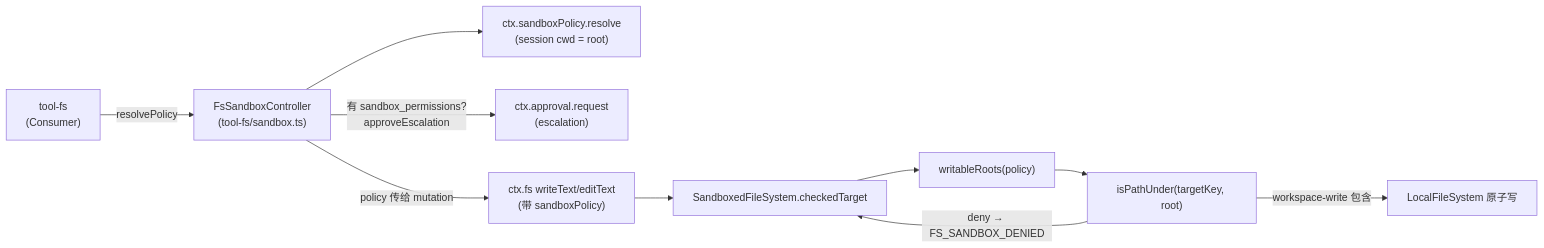
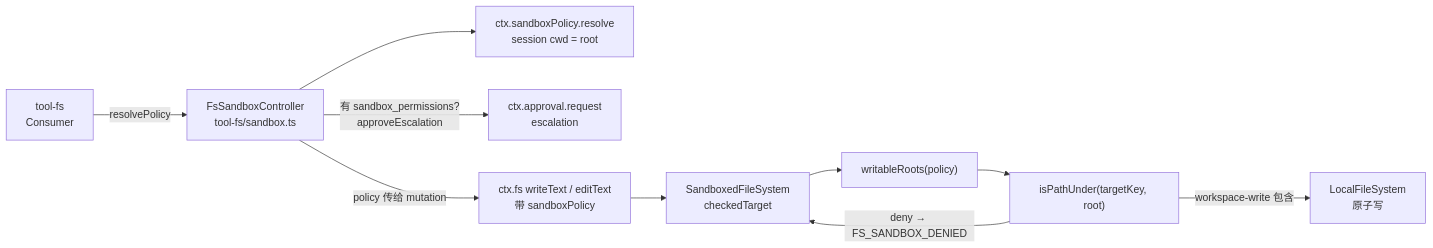
Before and after one commit to morehao/oss-insights: the second of 4 diagrams in ai-agent/deepseek-harness/sandbox-capability-seams.md, drawn with Mermaid. The commit also changed other lines of this file and 27 other files, not shown here.

````diff
--- a/ai-agent/deepseek-harness/sandbox-capability-seams.md
+++ b/ai-agent/deepseek-harness/sandbox-capability-seams.md
@@ -239,22 +254,22 @@
 ```mermaid
 flowchart LR
-  TF["tool-fs\n(Consumer)"]
-  CTL["FsSandboxController\n(tool-fs/sandbox.ts)"]
-  POL["ctx.sandboxPolicy.resolve\n(session cwd = root)"]
-  APP["ctx.approval.request\n(escalation)"]
-  FS["ctx.fs writeText/editText\n(带 sandboxPolicy)"]
-  SFS["SandboxedFileSystem.checkedTarget"]
+  TF["tool-fs<br>Consumer"]
+  CTL["FsSandboxController<br>tool-fs/sandbox.ts"]
+  POL["ctx.sandboxPolicy.resolve<br>session cwd = root"]
+  APP["ctx.approval.request<br>escalation"]
+  FS["ctx.fs writeText / editText<br>带 sandboxPolicy"]
+  SFS["SandboxedFileSystem<br>checkedTarget"]
   WR["writableRoots(policy)"]
   CONT["isPathUnder(targetKey, root)"]
-  LOC2["LocalFileSystem 原子写"]
+  LOC2["LocalFileSystem<br>原子写"]
 
-  TF -->|"resolvePolicy"| CTL
+  TF -->|resolvePolicy| CTL
   CTL --> POL
-  CTL -->|"有 sandbox_permissions?\napproveEscalation"| APP
+  CTL -->|"有 sandbox_permissions?<br>approveEscalation"| APP
   CTL -->|"policy 传给 mutation"| FS
   FS --> SFS
   SFS --> WR
   WR --> CONT
   CONT -->|"workspace-write 包含"| LOC2
   CONT -->|"deny → FS_SANDBOX_DENIED"| SFS
 ```
````
